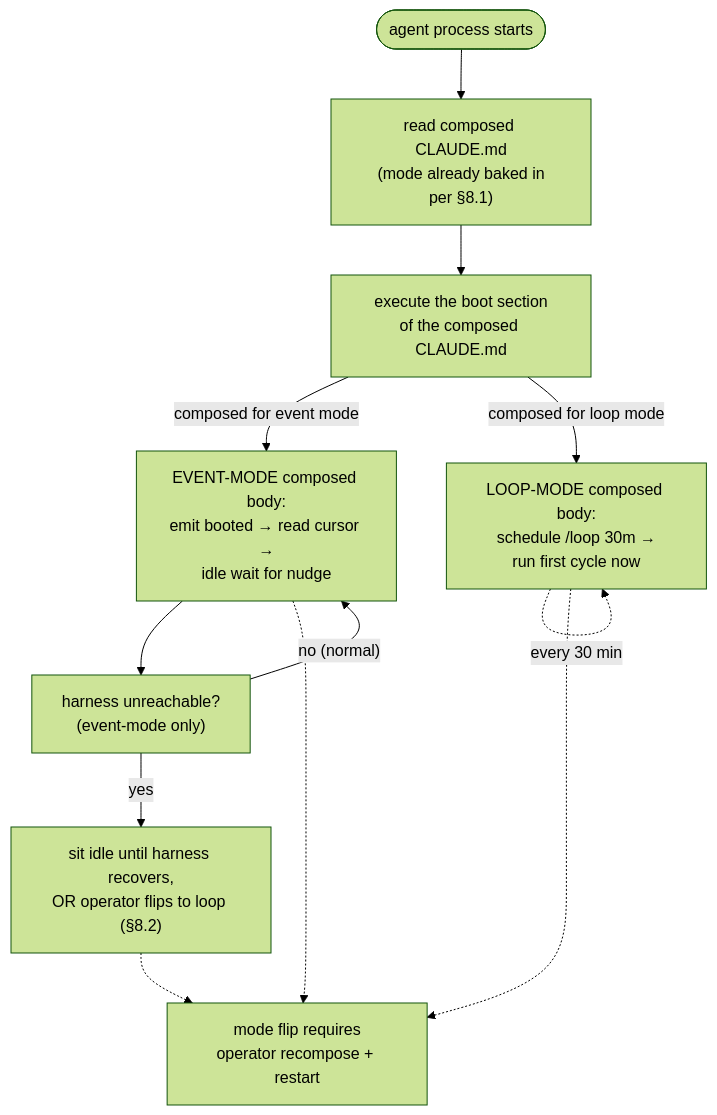
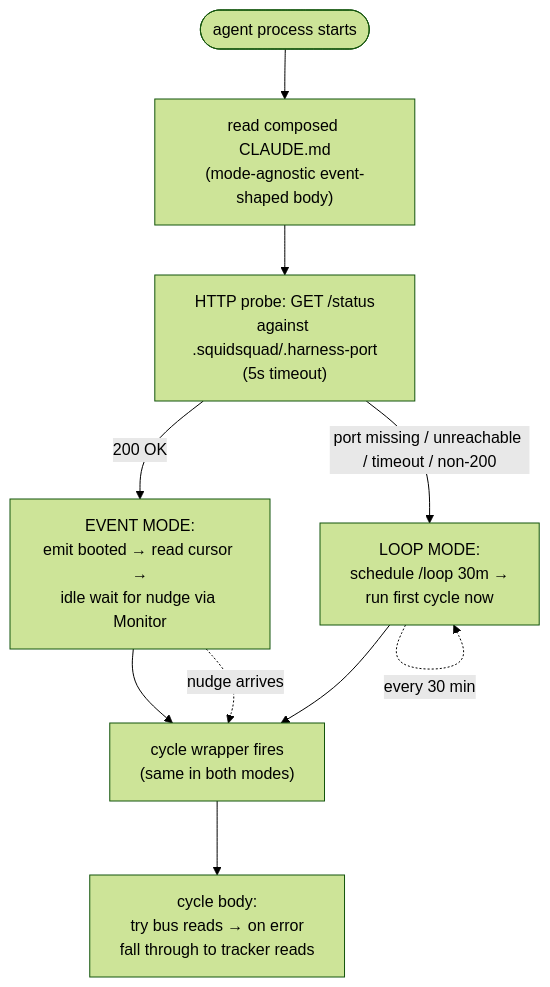
Diagram 15 of 15 in docs/AGENT-RUNTIME.md (WallyDoodlez/SquidSquad), drawn with Mermaid (forest theme) before and after one commit. The commit also changed other lines of this file and 4 other files, not shown here.

First line of the commit message:
docs: drop event-driven: config flag; boot-probe selects wake mode (#10382)

````diff
--- a/docs/AGENT-RUNTIME.md
+++ b/docs/AGENT-RUNTIME.md
@@ -1075,22 +1093,19 @@
 ```mermaid
 flowchart TD
     Start([agent process starts])
-    ReadComposed["read composed CLAUDE.md<br/>(mode already baked in<br/>per §8.1)"]
-    BootSteps["execute the boot section<br/>of the composed CLAUDE.md"]
-    EventPath["EVENT-MODE composed body:<br/>emit booted → read cursor →<br/>idle wait for nudge"]
-    PollPath["LOOP-MODE composed body:<br/>schedule /loop 30m →<br/>run first cycle now"]
-    HarnessDown["harness unreachable?<br/>(event-mode only)"]
-    IdleStable["sit idle until harness recovers,<br/>OR operator flips to loop (§8.2)"]
-    OpRestart["mode flip requires<br/>operator recompose + restart"]
+    ReadComposed["read composed CLAUDE.md<br/>(mode-agnostic event-shaped body)"]
+    Probe["HTTP probe: GET /status<br/>against .squidsquad/.harness-port<br/>(5s timeout)"]
+    EventPath["EVENT MODE:<br/>emit booted → read cursor →<br/>idle wait for nudge via Monitor"]
+    LoopPath["LOOP MODE:<br/>schedule /loop 30m →<br/>run first cycle now"]
+    Cycle["cycle wrapper fires<br/>(same in both modes)"]
+    Reactions["cycle body:<br/>try bus reads → on error<br/>fall through to tracker reads"]
 
-    Start --> ReadComposed --> BootSteps
-    BootSteps -->|composed for event mode| EventPath
-    BootSteps -->|composed for loop mode| PollPath
-    EventPath --> HarnessDown
-    HarnessDown -->|"no (normal)"| EventPath
-    HarnessDown -->|"yes"| IdleStable
-    PollPath -.->|every 30 min| PollPath
-    EventPath -.-> OpRestart
-    PollPath -.-> OpRestart
-    IdleStable -.-> OpRestart
+    Start --> ReadComposed --> Probe
+    Probe -->|200 OK| EventPath
+    Probe -->|"port missing / unreachable / timeout / non-200"| LoopPath
+    EventPath --> Cycle
+    LoopPath --> Cycle
+    Cycle --> Reactions
+    LoopPath -.->|every 30 min| LoopPath
+    EventPath -.->|nudge arrives| Cycle
 ```
````
